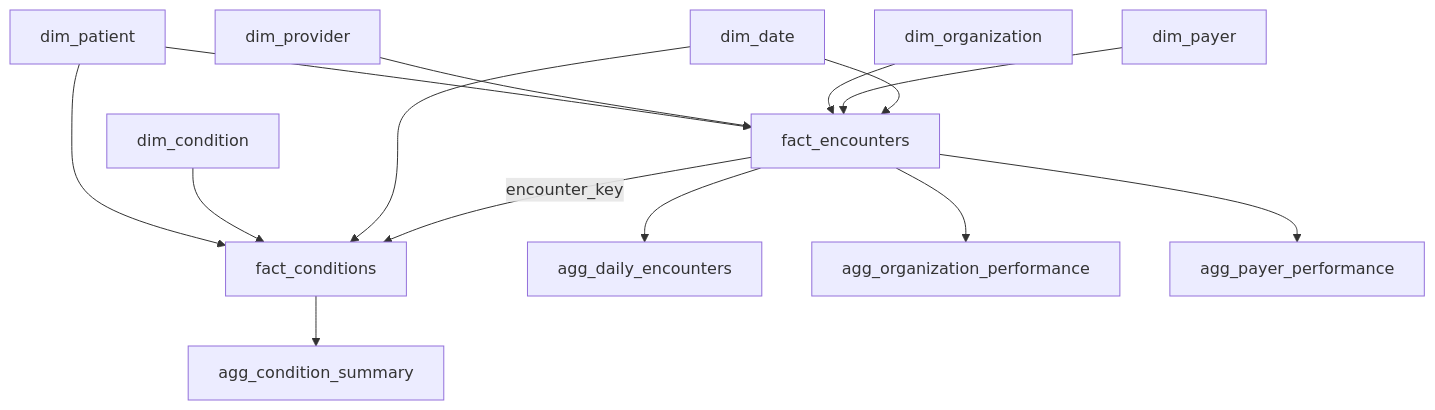
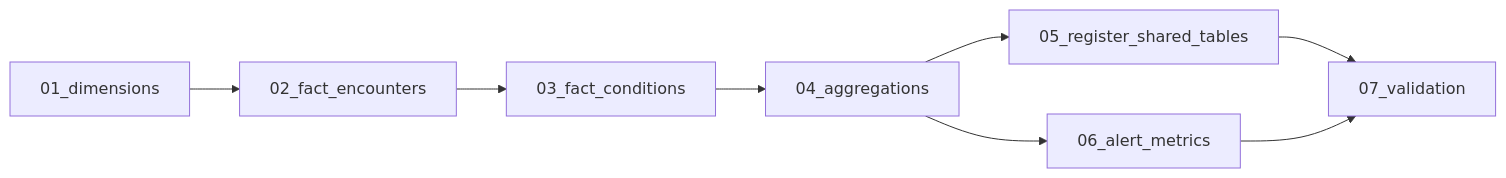
One commit to BadalovP/Databricks-Academy-Lakehouse changed the second of 3 diagrams in labs/lab_06_gold_analytics_external/README.md. Above: the diagram before and after it, drawn with Mermaid. The commit also changed other lines of this file and 20 other files, not shown here.

````diff
--- a/labs/lab_06_gold_analytics_external/README.md
+++ b/labs/lab_06_gold_analytics_external/README.md
@@ -148,18 +73,10 @@
 ```mermaid
-flowchart TB
-    DP["dim_patient"] --> FE["fact_encounters"]
-    DPROV["dim_provider"] --> FE
-    DORG["dim_organization"] --> FE
-    DPAY["dim_payer"] --> FE
-    DD["dim_date"] --> FE
-
-    DP --> FC["fact_conditions"]
-    DCOND["dim_condition"] --> FC
-    DD --> FC
-    FE -->|"encounter_key"| FC
-
-    FE --> AD["agg_daily_encounters"]
-    FE --> AO["agg_organization_performance"]
-    FE --> AP["agg_payer_performance"]
-    FC --> AC["agg_condition_summary"]
+flowchart LR
+    T01["01_dimensions"] --> T02["02_fact_encounters"]
+    T02 --> T03["03_fact_conditions"]
+    T03 --> T04["04_aggregations"]
+    T04 --> T05["05_register_shared_tables"]
+    T04 --> T06["06_alert_metrics"]
+    T05 --> T07["07_validation"]
+    T06 --> T07
 ```
````
